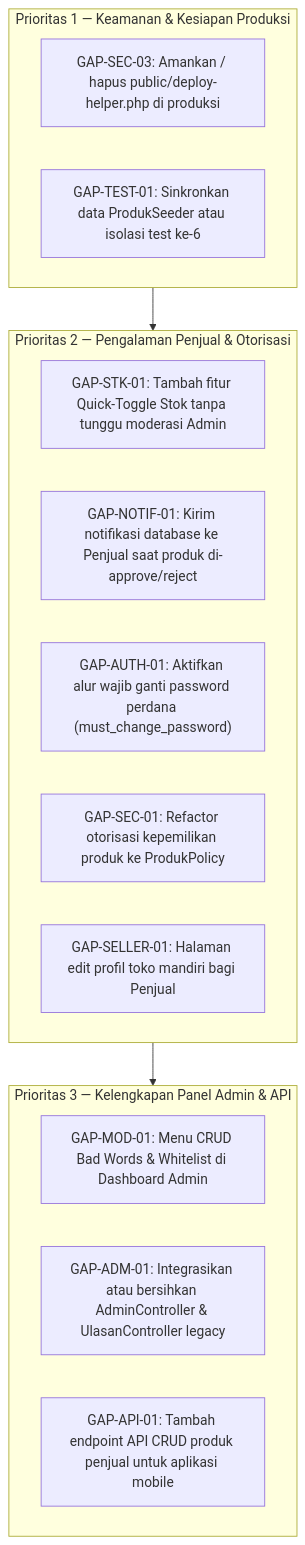
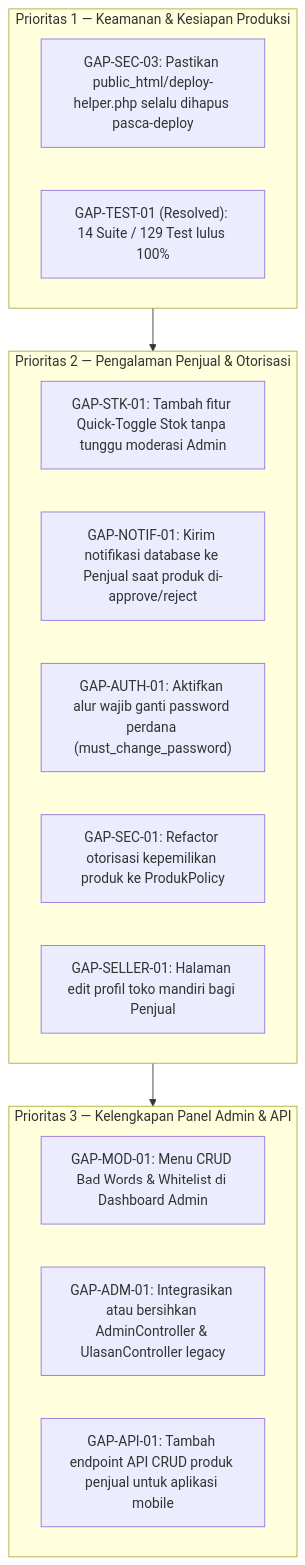
One commit to kyymidnight404/siswamartid changed the diagram in docs/01-prd/GAP_ANALYSIS.md. Above: the diagram before and after it, drawn with Mermaid. The commit also changed other lines of this file and 27 other files, not shown here.

Commit message:
docs: sync README and docs with v1.2.0 codebase and schema

````diff
--- a/docs/01-prd/GAP_ANALYSIS.md
+++ b/docs/01-prd/GAP_ANALYSIS.md
@@ -101,23 +102,23 @@
 ```mermaid
 flowchart TD
     subgraph P1["Prioritas 1 — Keamanan & Kesiapan Produksi"]
-        A1["GAP-SEC-03: Amankan / hapus public/deploy-helper.php di produksi"]
-        A2["GAP-TEST-01: Sinkronkan data ProdukSeeder atau isolasi test ke-6"]
+        A1["GAP-SEC-03: Pastikan public_html/deploy-helper.php selalu dihapus pasca-deploy"]
+        A2["GAP-TEST-01 (Resolved): 14 Suite / 129 Test lulus 100%"]
     end
 
     subgraph P2["Prioritas 2 — Pengalaman Penjual & Otorisasi"]
         B1["GAP-STK-01: Tambah fitur Quick-Toggle Stok tanpa tunggu moderasi Admin"]
         B2["GAP-NOTIF-01: Kirim notifikasi database ke Penjual saat produk di-approve/reject"]
         B3["GAP-AUTH-01: Aktifkan alur wajib ganti password perdana (must_change_password)"]
         B4["GAP-SEC-01: Refactor otorisasi kepemilikan produk ke ProdukPolicy"]
         B5["GAP-SELLER-01: Halaman edit profil toko mandiri bagi Penjual"]
     end
 
     subgraph P3["Prioritas 3 — Kelengkapan Panel Admin & API"]
         C1["GAP-MOD-01: Menu CRUD Bad Words & Whitelist di Dashboard Admin"]
         C2["GAP-ADM-01: Integrasikan atau bersihkan AdminController & UlasanController legacy"]
         C3["GAP-API-01: Tambah endpoint API CRUD produk penjual untuk aplikasi mobile"]
     end
 
     P1 --> P2 --> P3
 ```
````
